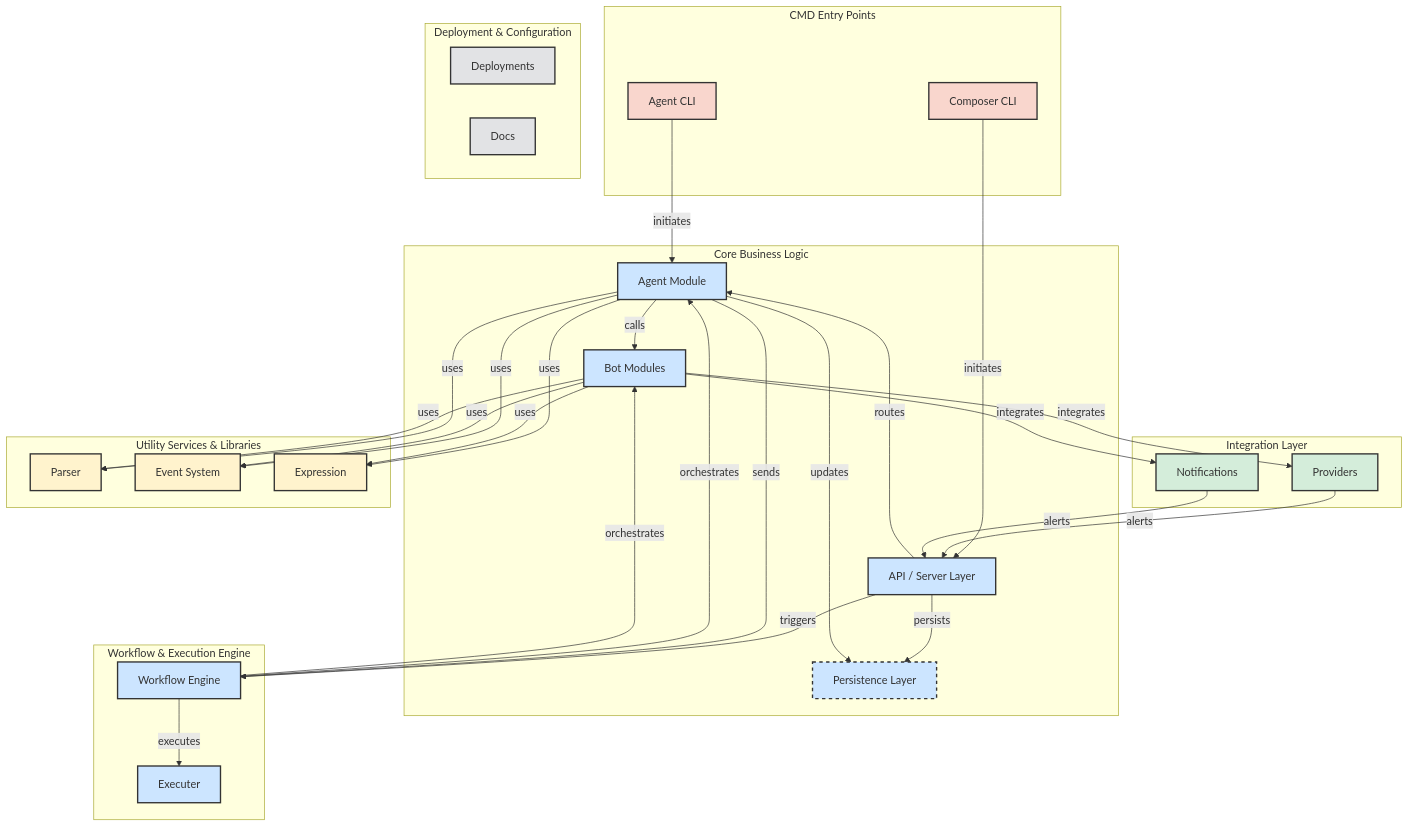
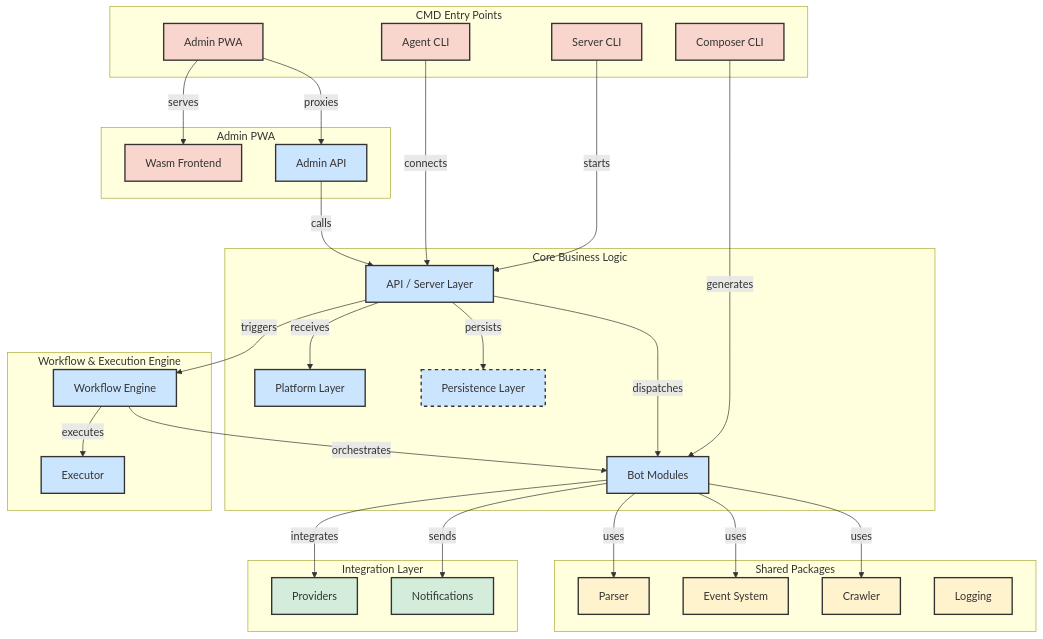
The diagram in docs/architecture/flowchart.mermaid (flowline-io/flowbot), drawn with Mermaid before and after one commit. The commit also changed 8 other files, not shown here.

First line of the commit message:
refactor: update documentation for Flowbot

```diff
--- a/docs/architecture/flowchart.mermaid
+++ b/docs/architecture/flowchart.mermaid
@@ -1,87 +1,95 @@
 flowchart TD
     %% CMD Entry Points
     subgraph "CMD Entry Points"
+        ServerCLI["Server CLI"]:::cmd
         AgentCLI["Agent CLI"]:::cmd
+        AppCLI["Admin PWA"]:::cmd
         ComposerCLI["Composer CLI"]:::cmd
     end
 
     %% Core Business Logic
     subgraph "Core Business Logic"
         Server["API / Server Layer"]:::internal
-        Agents["Agent Module"]:::internal
         Bots["Bot Modules"]:::internal
+        Platforms["Platform Layer"]:::internal
         Store["Persistence Layer"]:::store
+    end
+
+    %% Admin PWA
+    subgraph "Admin PWA"
+        Wasm["Wasm Frontend"]:::cmd
+        AdminAPI["Admin API"]:::internal
     end
 
     %% Workflow & Execution Engine
     subgraph "Workflow & Execution Engine"
         WF["Workflow Engine"]:::internal
-        EX["Executer"]:::internal
+        EX["Executor"]:::internal
     end
 
     %% Integration Layer
     subgraph "Integration Layer"
         Providers["Providers"]:::integration
         Notify["Notifications"]:::integration
     end
 
-    %% Utility Services & Libraries
-    subgraph "Utility Services & Libraries"
+    %% Shared Packages
+    subgraph "Shared Packages"
         Parser["Parser"]:::utilities
         Event["Event System"]:::utilities
-        Expression["Expression"]:::utilities
-    end
-
-    %% Deployment & Configuration
-    subgraph "Deployment & Configuration"
-        Deployments["Deployments"]:::deploy
-        Docs["Docs"]:::deploy
+        Crawler["Crawler"]:::utilities
+        Flog["Logging"]:::utilities
     end
 
     %% Connections
-    AgentCLI -->|"initiates"| Agents
-    ComposerCLI -->|"initiates"| Server
-    Server -->|"routes"| Agents
+    ServerCLI -->|"starts"| Server
+    AgentCLI -->|"connects"| Server
+    AppCLI -->|"serves"| Wasm
+    AppCLI -->|"proxies"| AdminAPI
+    AdminAPI -->|"calls"| Server
+    ComposerCLI -->|"generates"| Bots
+
+    Server -->|"dispatches"| Bots
     Server -->|"persists"| Store
-    Agents -->|"calls"| Bots
-    Agents -->|"updates"| Store
+    Server -->|"receives"| Platforms
+    Bots -->|"integrates"| Providers
+    Bots -->|"sends"| Notify
     Server -->|"triggers"| WF
-    WF -->|"orchestrates"| Agents
+    WF -->|"executes"| EX
     WF -->|"orchestrates"| Bots
-    WF -->|"executes"| EX
-    Agents -->|"sends"| WF
-    Bots -->|"integrates"| Providers
-    Bots -->|"integrates"| Notify
-    Agents -->|"uses"| Parser
-    Agents -->|"uses"| Event
-    Agents -->|"uses"| Expression
     Bots -->|"uses"| Parser
     Bots -->|"uses"| Event
-    Bots -->|"uses"| Expression
-    Providers -->|"alerts"| Server
-    Notify -->|"alerts"| Server
+    Bots -->|"uses"| Crawler
 
     %% Click Events
+    click ServerCLI "https://github.com/flowline-io/flowbot/blob/master/cmd/main.go"
     click AgentCLI "https://github.com/flowline-io/flowbot/blob/master/cmd/agent/main.go"
+    click AppCLI "https://github.com/flowline-io/flowbot/blob/master/cmd/app/main.go"
     click ComposerCLI "https://github.com/flowline-io/flowbot/blob/master/cmd/composer/main.go"
-    click Agents "https://github.com/flowline-io/flowbot/tree/master/internal/agents"
     click Bots "https://github.com/flowline-io/flowbot/tree/master/internal/bots"
     click Server "https://github.com/flowline-io/flowbot/tree/master/internal/server"
-    click WF "https://github.com/flowline-io/flowbot/tree/master/internal/workflow"
-    click EX "https://github.com/flowline-io/flowbot/tree/master/pkg/executer"
+    click Platforms "https://github.com/flowline-io/flowbot/tree/master/internal/platforms"
+    click WF "https://github.com/flowline-io/flowbot/tree/master/internal/bots/workflow"
+    click EX "https://github.com/flowline-io/flowbot/tree/master/pkg/executor"
     click Store "https://github.com/flowline-io/flowbot/tree/master/internal/store"
     click Providers "https://github.com/flowline-io/flowbot/tree/master/pkg/providers"
     click Notify "https://github.com/flowline-io/flowbot/tree/master/pkg/notify"
     click Parser "https://github.com/flowline-io/flowbot/tree/master/pkg/parser"
     click Event "https://github.com/flowline-io/flowbot/tree/master/pkg/event"
-    click Expression "https://github.com/flowline-io/flowbot/tree/master/pkg/expression"
-    click Deployments "https://github.com/flowline-io/flowbot/tree/master/deployments"
-    click Docs "https://github.com/flowline-io/flowbot/tree/master/docs"
+    click Crawler "https://github.com/flowline-io/flowbot/tree/master/pkg/crawler"
+    click Flog "https://github.com/flowline-io/flowbot/tree/master/pkg/flog"
+
+    %% Styles
+    classDef cmd fill:#f9d6cd,stroke:#333,stroke-width:2px;
+    classDef internal fill:#cce5ff,stroke:#333,stroke-width:2px;
+    classDef integration fill:#d4edda,stroke:#333,stroke-width:2px;
+    classDef utilities fill:#fff3cd,stroke:#333,stroke-width:2px;
+    classDef store fill:#cce5ff,stroke:#333,stroke-width:2px,stroke-dasharray: 5 5;
 
     %% Styles
     classDef cmd fill:#f9d6cd,stroke:#333,stroke-width:2px;
     classDef internal fill:#cce5ff,stroke:#333,stroke-width:2px;
     classDef integration fill:#d4edda,stroke:#333,stroke-width:2px;
     classDef utilities fill:#fff3cd,stroke:#333,stroke-width:2px;
     classDef deploy fill:#e2e3e5,stroke:#333,stroke-width:2px;
     classDef store fill:#cce5ff,stroke:#333,stroke-width:2px,stroke-dasharray: 5 5;
```
